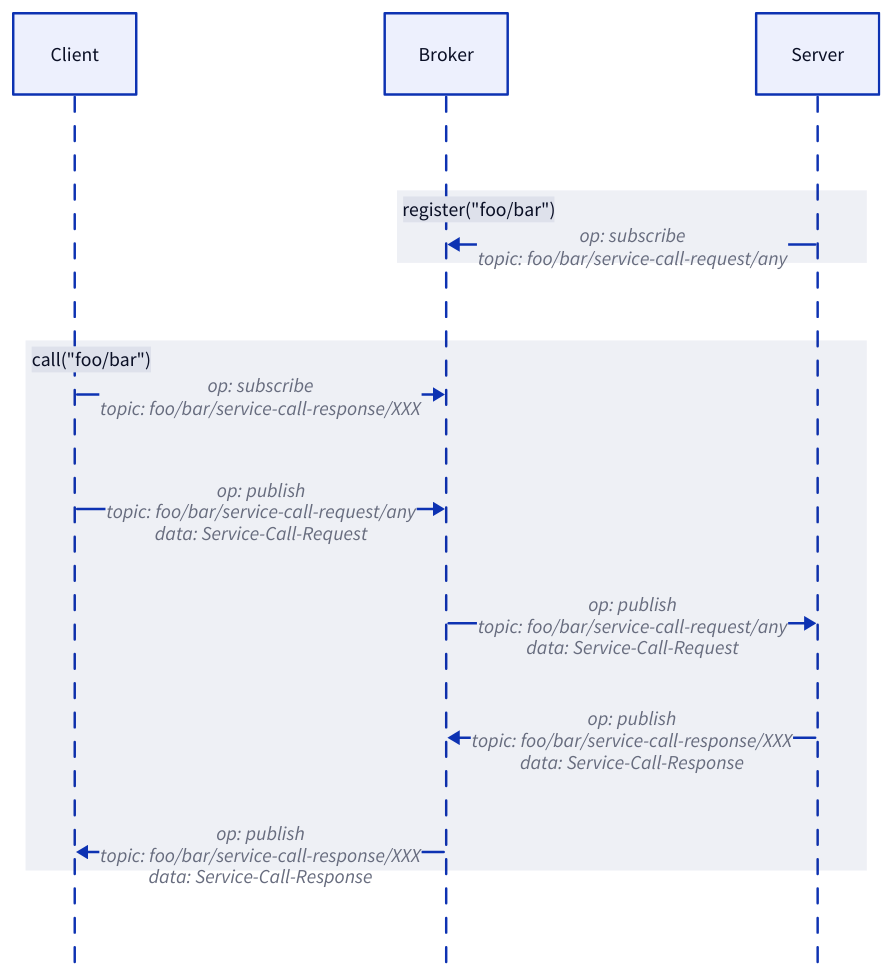
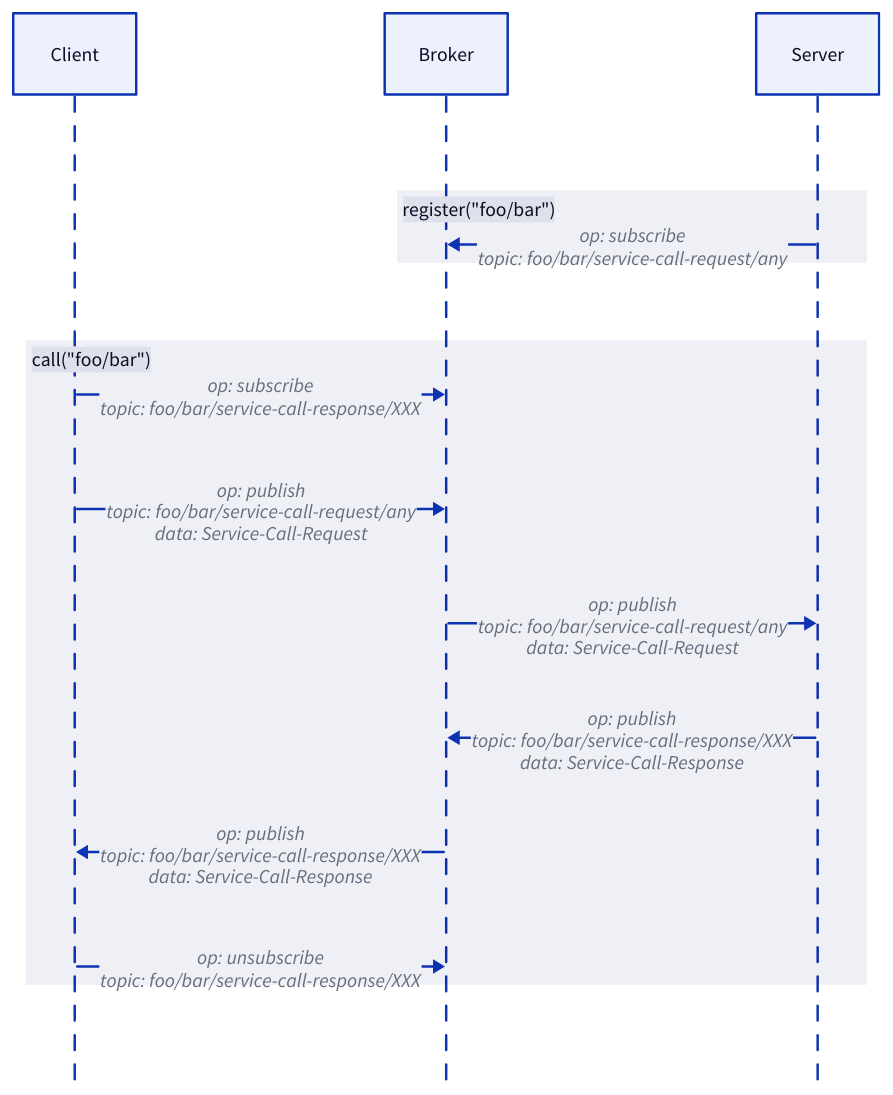
The diagram in doc/mqtt-plus-2-service-call.d2 (rse/mqtt-plus), drawn with D2 before and after one commit. The commit also changed 1 other file, not shown here.

Commit message:
add unsubscribe operation

```diff
--- a/doc/mqtt-plus-2-service-call.d2
+++ b/doc/mqtt-plus-2-service-call.d2
@@ -1,20 +1,21 @@
 
 shape: sequence_diagram
 
 client: "Client"
 broker: "Broker"
 server: "Server"
 
 broker.class: brown
 
 register("foo/bar") {
     server -> broker: "op: subscribe\ntopic: foo/bar/service-call-request/any"
 }
 
 call("foo/bar") {
     client -> broker: "op: subscribe\ntopic: foo/bar/service-call-response/XXX"
     client -> broker: "op: publish\ntopic: foo/bar/service-call-request/any\ndata: Service-Call-Request"
     broker -> server: "op: publish\ntopic: foo/bar/service-call-request/any\ndata: Service-Call-Request"
     broker <- server: "op: publish\ntopic: foo/bar/service-call-response/XXX\ndata: Service-Call-Response"
     client <- broker: "op: publish\ntopic: foo/bar/service-call-response/XXX\ndata: Service-Call-Response"
+    client -> broker: "op: unsubscribe\ntopic: foo/bar/service-call-response/XXX"
 }
```
